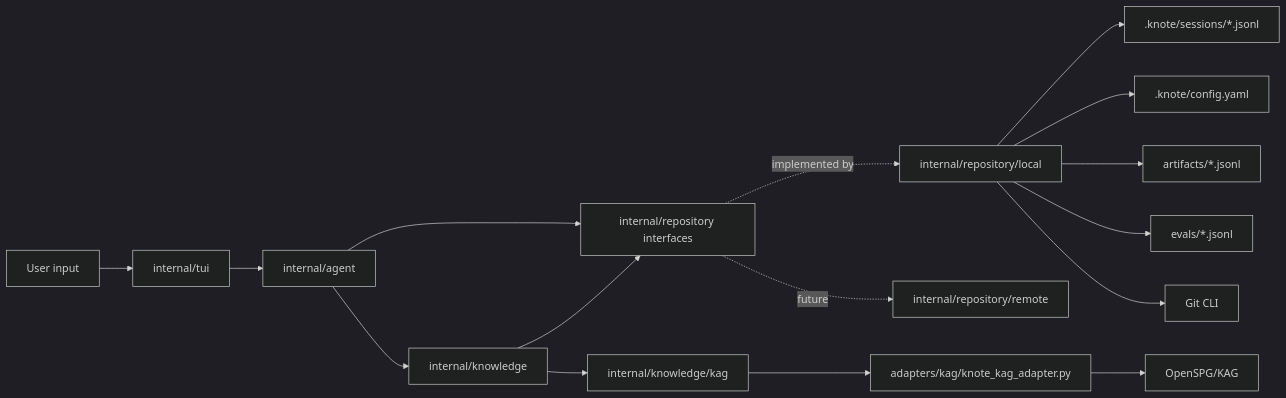
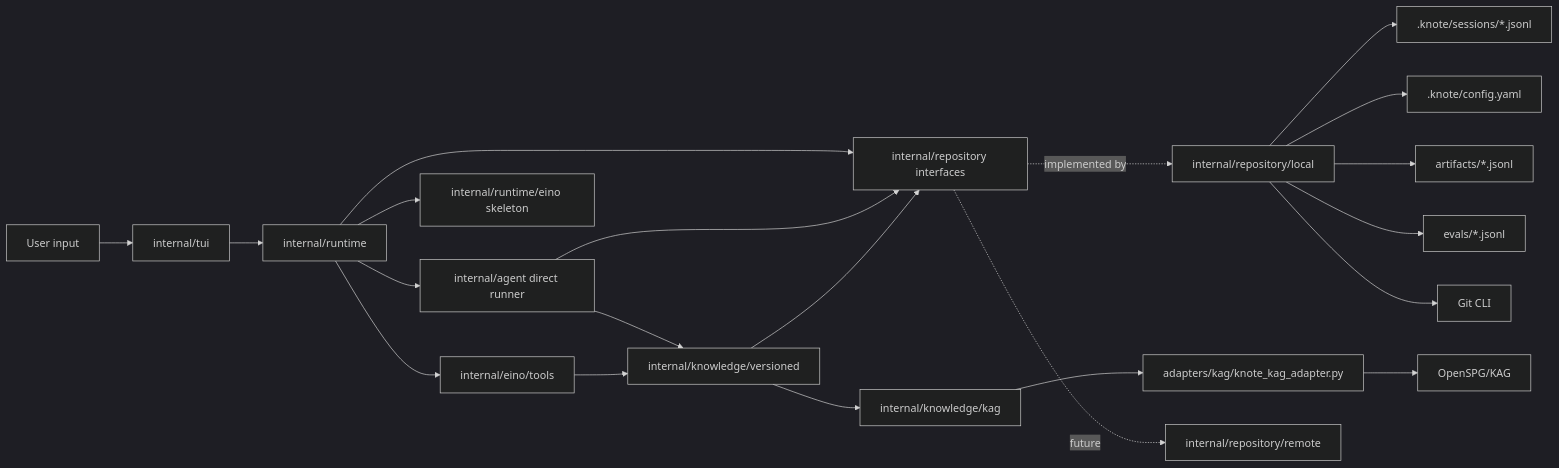
Before and after one commit to zzqDeco/knote: the diagram in doc/architecture.md, drawn with Mermaid (dark theme). The commit also changed other lines of this file and 4 other files, not shown here.

````diff
--- a/doc/architecture.md
+++ b/doc/architecture.md
@@ -17,18 +20,23 @@
 ```mermaid
 flowchart LR
   User["User input"] --> TUI["internal/tui"]
-  TUI --> Agent["internal/agent"]
-  Agent --> RepoIf["internal/repository interfaces"]
-  Agent --> Knowledge["internal/knowledge"]
-  Knowledge --> RepoIf
-  Knowledge --> Kag["internal/knowledge/kag"]
+  TUI --> Runtime["internal/runtime"]
+  Runtime --> Agent["internal/agent direct runner"]
+  Runtime --> EinoRunner["internal/runtime/eino skeleton"]
+  Runtime --> EinoTools["internal/eino/tools"]
+  Runtime --> RepoIf["internal/repository interfaces"]
+  Agent --> RepoIf
+  Agent --> Versioned["internal/knowledge/versioned"]
+  EinoTools --> Versioned
+  Versioned --> RepoIf
+  Versioned --> Kag["internal/knowledge/kag"]
   Kag --> Adapter["adapters/kag/knote_kag_adapter.py"]
   Adapter --> OpenSPG["OpenSPG/KAG"]
   RepoIf -. implemented by .-> Local["internal/repository/local"]
   Local --> Sessions[".knote/sessions/*.jsonl"]
   Local --> Config[".knote/config.yaml"]
   Local --> Artifacts["artifacts/*.jsonl"]
   Local --> Evals["evals/*.jsonl"]
   Local --> Git["Git CLI"]
   RepoIf -. future .-> Remote["internal/repository/remote"]
 ```
````
